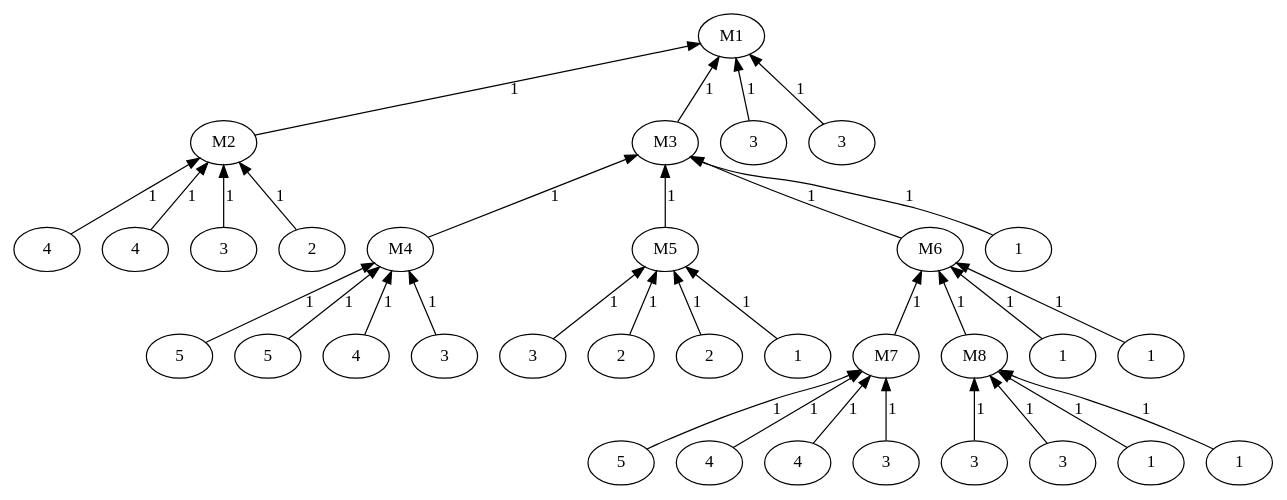
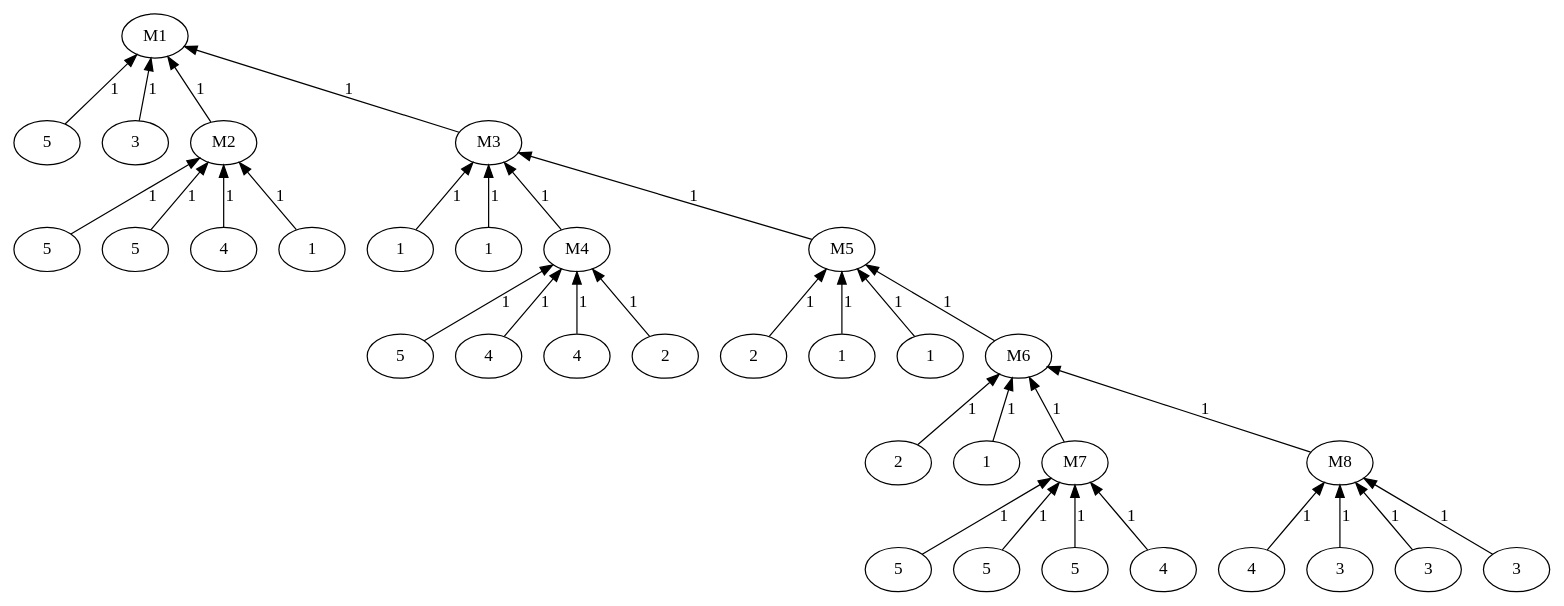
One commit to AbhikKhan/MTP_IITG changed the diagram in Previous Work/output_raw.dot. Above: the diagram before and after it, drawn with Graphviz. The commit also changed 70 other files, not shown here.

```diff
--- a/Previous Work/output_raw.dot
+++ b/Previous Work/output_raw.dot
@@ -1,69 +1,69 @@
 digraph G {
 labeljust=left;
 labelloc=top;
-90601048 [label=M1];
-80674545 [label=M2];
-23737489 [label=4];
-14786385 [label=4];
-67966942 [label=3];
-31405100 [label=2];
-88071013 [label=M3];
-9067320 [label=M4];
-41083325 [label=5];
-5709421 [label=5];
-45393032 [label=4];
-81404679 [label=3];
-77832595 [label=M5];
-8358723 [label=3];
-75246795 [label=2];
-36792404 [label=2];
-54160685 [label=1];
-24524260 [label=M6];
-40664751 [label=M7];
-23296863 [label=5];
-79478135 [label=4];
-44854433 [label=4];
-4376104 [label=3];
-93717305 [label=M8];
-49484022 [label=3];
-91649598 [label=3];
-8238164 [label=1];
-12101471 [label=1];
-53935654 [label=1];
-66104374 [label=1];
-3167581 [label=1];
-70942172 [label=3];
-51093027 [label=3];
-90601048 -> 80674545  [dir=back, label=1];
-80674545 -> 23737489  [dir=back, label=1];
-80674545 -> 14786385  [dir=back, label=1];
-80674545 -> 67966942  [dir=back, label=1];
-80674545 -> 31405100  [dir=back, label=1];
-90601048 -> 88071013  [dir=back, label=1];
-88071013 -> 9067320  [dir=back, label=1];
-9067320 -> 41083325  [dir=back, label=1];
-9067320 -> 5709421  [dir=back, label=1];
-9067320 -> 45393032  [dir=back, label=1];
-9067320 -> 81404679  [dir=back, label=1];
-88071013 -> 77832595  [dir=back, label=1];
-77832595 -> 8358723  [dir=back, label=1];
-77832595 -> 75246795  [dir=back, label=1];
-77832595 -> 36792404  [dir=back, label=1];
-77832595 -> 54160685  [dir=back, label=1];
-88071013 -> 24524260  [dir=back, label=1];
-24524260 -> 40664751  [dir=back, label=1];
-40664751 -> 23296863  [dir=back, label=1];
-40664751 -> 79478135  [dir=back, label=1];
-40664751 -> 44854433  [dir=back, label=1];
-40664751 -> 4376104  [dir=back, label=1];
-24524260 -> 93717305  [dir=back, label=1];
-93717305 -> 49484022  [dir=back, label=1];
-93717305 -> 91649598  [dir=back, label=1];
-93717305 -> 8238164  [dir=back, label=1];
-93717305 -> 12101471  [dir=back, label=1];
-24524260 -> 53935654  [dir=back, label=1];
-24524260 -> 66104374  [dir=back, label=1];
-88071013 -> 3167581  [dir=back, label=1];
-90601048 -> 70942172  [dir=back, label=1];
-90601048 -> 51093027  [dir=back, label=1];
+26791652 [label=M1];
+67574095 [label=5];
+67816013 [label=3];
+46679305 [label=M2];
+80522184 [label=5];
+43179074 [label=5];
+20363077 [label=4];
+46507158 [label=1];
+81093570 [label=M3];
+91003056 [label=1];
+48740196 [label=1];
+33618870 [label=M4];
+73622879 [label=5];
+13113634 [label=4];
+12960891 [label=4];
+76212989 [label=2];
+61226726 [label=M5];
+47277146 [label=2];
+15563700 [label=1];
+29214693 [label=1];
+44166832 [label=M6];
+96263715 [label=2];
+8539304 [label=1];
+1192753 [label=M7];
+35428522 [label=5];
+6988541 [label=5];
+19428859 [label=5];
+12579149 [label=4];
+89967266 [label=M8];
+41500441 [label=4];
+21002224 [label=3];
+83779311 [label=3];
+66304381 [label=3];
+26791652 -> 67574095  [dir=back, label=1];
+26791652 -> 67816013  [dir=back, label=1];
+26791652 -> 46679305  [dir=back, label=1];
+46679305 -> 80522184  [dir=back, label=1];
+46679305 -> 43179074  [dir=back, label=1];
+46679305 -> 20363077  [dir=back, label=1];
+46679305 -> 46507158  [dir=back, label=1];
+26791652 -> 81093570  [dir=back, label=1];
+81093570 -> 91003056  [dir=back, label=1];
+81093570 -> 48740196  [dir=back, label=1];
+81093570 -> 33618870  [dir=back, label=1];
+33618870 -> 73622879  [dir=back, label=1];
+33618870 -> 13113634  [dir=back, label=1];
+33618870 -> 12960891  [dir=back, label=1];
+33618870 -> 76212989  [dir=back, label=1];
+81093570 -> 61226726  [dir=back, label=1];
+61226726 -> 47277146  [dir=back, label=1];
+61226726 -> 15563700  [dir=back, label=1];
+61226726 -> 29214693  [dir=back, label=1];
+61226726 -> 44166832  [dir=back, label=1];
+44166832 -> 96263715  [dir=back, label=1];
+44166832 -> 8539304  [dir=back, label=1];
+44166832 -> 1192753  [dir=back, label=1];
+1192753 -> 35428522  [dir=back, label=1];
+1192753 -> 6988541  [dir=back, label=1];
+1192753 -> 19428859  [dir=back, label=1];
+1192753 -> 12579149  [dir=back, label=1];
+44166832 -> 89967266  [dir=back, label=1];
+89967266 -> 41500441  [dir=back, label=1];
+89967266 -> 21002224  [dir=back, label=1];
+89967266 -> 83779311  [dir=back, label=1];
+89967266 -> 66304381  [dir=back, label=1];
 }
```
